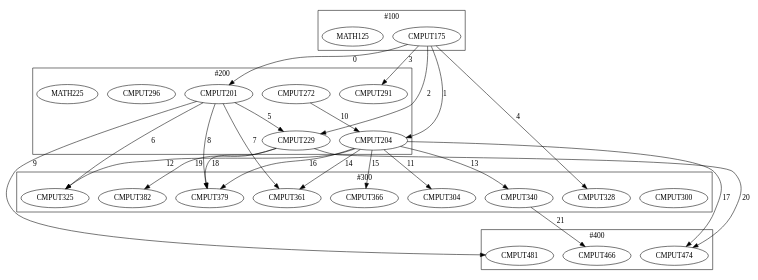
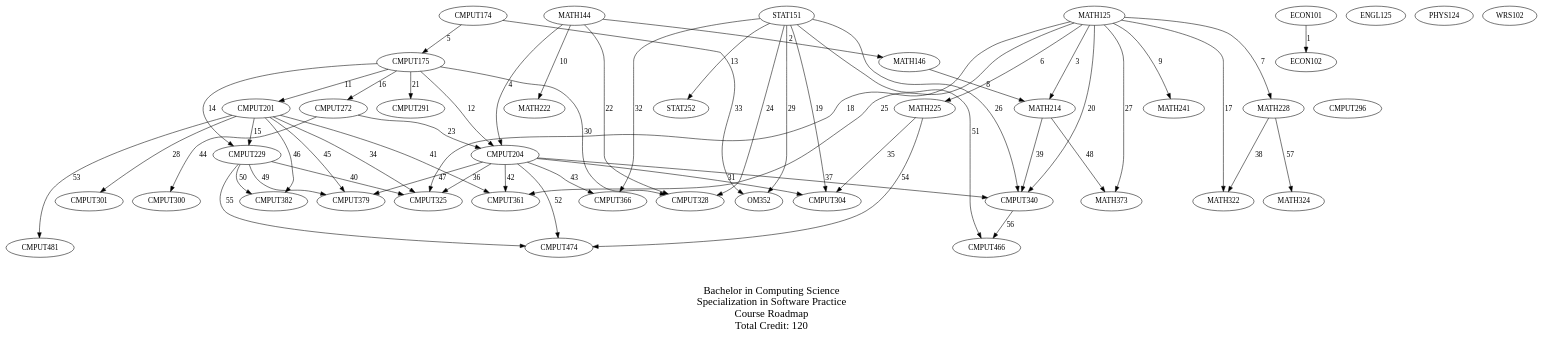
One commit to whqkdhfh13/sswp changed the diagram in python/visualize_prerequisites/prerequisites.gv. Above: the diagram before and after it, drawn with Graphviz. The commit also changed 5 other files, not shown here.

```diff
--- a/python/visualize_prerequisites/prerequisites.gv
+++ b/python/visualize_prerequisites/prerequisites.gv
@@ -1,73 +1,128 @@
 digraph {
-	subgraph cluster_1 {
+	label="\n\nBachelor in Computing Science\nSpecialization in Software Practice\nCourse Roadmap\nTotal Credit: 120"
+	fontsize=20
+	{
 		rank=same
-		label="#100"
+		CMPUT174
+		ECON101
+		ENGL125
+		MATH125
+		MATH144
+		PHYS124
+		STAT151
+		WRS102
+	}
+	{
+		rank=same
 		CMPUT175
-		MATH125
+		ECON102
+		MATH146
 	}
-	subgraph cluster_2 {
+	{
 		rank=same
-		label="#200"
 		CMPUT201
-		CMPUT204
-		CMPUT229
 		CMPUT272
 		CMPUT291
 		CMPUT296
+		MATH214
+		MATH222
 		MATH225
+		MATH228
+		MATH241
+		STAT252
 	}
-	subgraph cluster_3 {
+	{
 		rank=same
-		label="#300"
+		CMPUT204
+		CMPUT229
+	}
+	{
+		rank=same
 		CMPUT300
+		CMPUT301
 		CMPUT304
 		CMPUT325
 		CMPUT328
 		CMPUT340
 		CMPUT361
 		CMPUT366
 		CMPUT379
 		CMPUT382
+		MATH322
+		MATH324
+		MATH373
+		OM352
 	}
-	subgraph cluster_4 {
+	{
 		rank=same
-		label="#400"
 		CMPUT466
 		CMPUT474
 		CMPUT481
 	}
-	subgraph cluster_5 {
+	{
 		rank=same
-		label="#500"
 	}
-	subgraph cluster_6 {
+	{
 		rank=same
-		label="#600"
 	}
-	subgraph cluster_7 {
+	{
 		rank=same
-		label="#700"
 	}
-	CMPUT175 -> CMPUT201 [label=0]
-	CMPUT175 -> CMPUT204 [label=1]
-	CMPUT175 -> CMPUT229 [label=2]
-	CMPUT175 -> CMPUT291 [label=3]
-	CMPUT175 -> CMPUT328 [label=4]
-	CMPUT201 -> CMPUT229 [label=5]
-	CMPUT201 -> CMPUT325 [label=6]
-	CMPUT201 -> CMPUT361 [label=7]
-	CMPUT201 -> CMPUT379 [label=8]
-	CMPUT201 -> CMPUT481 [label=9]
-	CMPUT272 -> CMPUT204 [label=10]
-	CMPUT204 -> CMPUT304 [label=11]
-	CMPUT204 -> CMPUT325 [label=12]
-	CMPUT204 -> CMPUT340 [label=13]
-	CMPUT204 -> CMPUT361 [label=14]
-	CMPUT204 -> CMPUT366 [label=15]
-	CMPUT204 -> CMPUT379 [label=16]
-	CMPUT204 -> CMPUT474 [label=17]
-	CMPUT229 -> CMPUT379 [label=18]
-	CMPUT229 -> CMPUT382 [label=19]
-	CMPUT229 -> CMPUT474 [label=20]
-	CMPUT340 -> CMPUT466 [label=21]
+	ECON101 -> ECON102 [label=1]
+	MATH144 -> MATH146 [label=2]
+	MATH125 -> MATH214 [label=3]
+	MATH144 -> CMPUT204 [label=4]
+	CMPUT174 -> CMPUT175 [label=5]
+	MATH125 -> MATH225 [label=6]
+	MATH125 -> MATH228 [label=7]
+	MATH146 -> MATH214 [label=8]
+	MATH125 -> MATH241 [label=9]
+	MATH144 -> MATH222 [label=10]
+	CMPUT175 -> CMPUT201 [label=11]
+	CMPUT175 -> CMPUT204 [label=12]
+	STAT151 -> STAT252 [label=13]
+	CMPUT175 -> CMPUT229 [label=14]
+	CMPUT201 -> CMPUT229 [label=15]
+	CMPUT175 -> CMPUT272 [label=16]
+	MATH125 -> MATH322 [label=17]
+	MATH125 -> CMPUT325 [label=18]
+	STAT151 -> CMPUT304 [label=19]
+	MATH125 -> CMPUT340 [label=20]
+	CMPUT175 -> CMPUT291 [label=21]
+	MATH144 -> CMPUT328 [label=22]
+	CMPUT272 -> CMPUT204 [label=23]
+	STAT151 -> CMPUT328 [label=24]
+	MATH125 -> CMPUT361 [label=25]
+	STAT151 -> CMPUT340 [label=26]
+	MATH125 -> MATH373 [label=27]
+	CMPUT201 -> CMPUT301 [label=28]
+	STAT151 -> OM352 [label=29]
+	CMPUT175 -> CMPUT328 [label=30]
+	CMPUT204 -> CMPUT304 [label=31]
+	STAT151 -> CMPUT366 [label=32]
+	CMPUT174 -> OM352 [label=33]
+	CMPUT201 -> CMPUT325 [label=34]
+	MATH225 -> CMPUT304 [label=35]
+	CMPUT204 -> CMPUT325 [label=36]
+	CMPUT204 -> CMPUT340 [label=37]
+	MATH228 -> MATH322 [label=38]
+	MATH214 -> CMPUT340 [label=39]
+	CMPUT229 -> CMPUT325 [label=40]
+	CMPUT201 -> CMPUT361 [label=41]
+	CMPUT204 -> CMPUT361 [label=42]
+	CMPUT204 -> CMPUT366 [label=43]
+	CMPUT272 -> CMPUT300 [label=44]
+	CMPUT201 -> CMPUT379 [label=45]
+	CMPUT201 -> CMPUT382 [label=46]
+	CMPUT204 -> CMPUT379 [label=47]
+	MATH214 -> MATH373 [label=48]
+	CMPUT229 -> CMPUT379 [label=49]
+	CMPUT229 -> CMPUT382 [label=50]
+	STAT151 -> CMPUT466 [label=51]
+	CMPUT204 -> CMPUT474 [label=52]
+	CMPUT201 -> CMPUT481 [label=53]
+	MATH225 -> CMPUT474 [label=54]
+	CMPUT229 -> CMPUT474 [label=55]
+	CMPUT340 -> CMPUT466 [label=56]
+	MATH228 -> MATH324 [label=57]
 }
```
